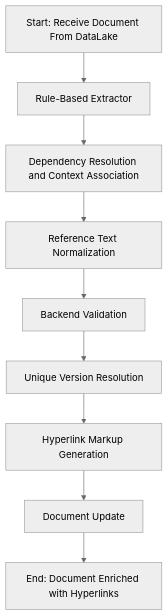
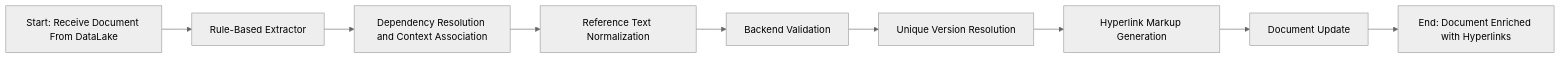
Before and after one commit to xbhel/momostack: the first of 2 diagrams in hyperlink-recognition/python/docs/Hyperlink Recognition in Legal Documents.md, drawn with Mermaid (neutral theme). The commit also changed other lines of this file, not shown here.

````diff
--- a/hyperlink-recognition/python/docs/Hyperlink Recognition in Legal Documents.md
+++ b/hyperlink-recognition/python/docs/Hyperlink Recognition in Legal Documents.md
@@ -59,11 +59,11 @@
 ```mermaid
-flowchart TD
+flowchart LR
     A[Start: Receive Document From DataLake] --> B[Rule-Based Extractor]
     B --> C[Dependency Resolution and Context Association]
     C --> D[Reference Text Normalization]
     D --> E[Backend Validation]
     E --> F[Unique Version Resolution]
     F --> G[Hyperlink Markup Generation]
     G --> H[Document Update]
     H --> I[End: Document Enriched with Hyperlinks]
 ```
````
